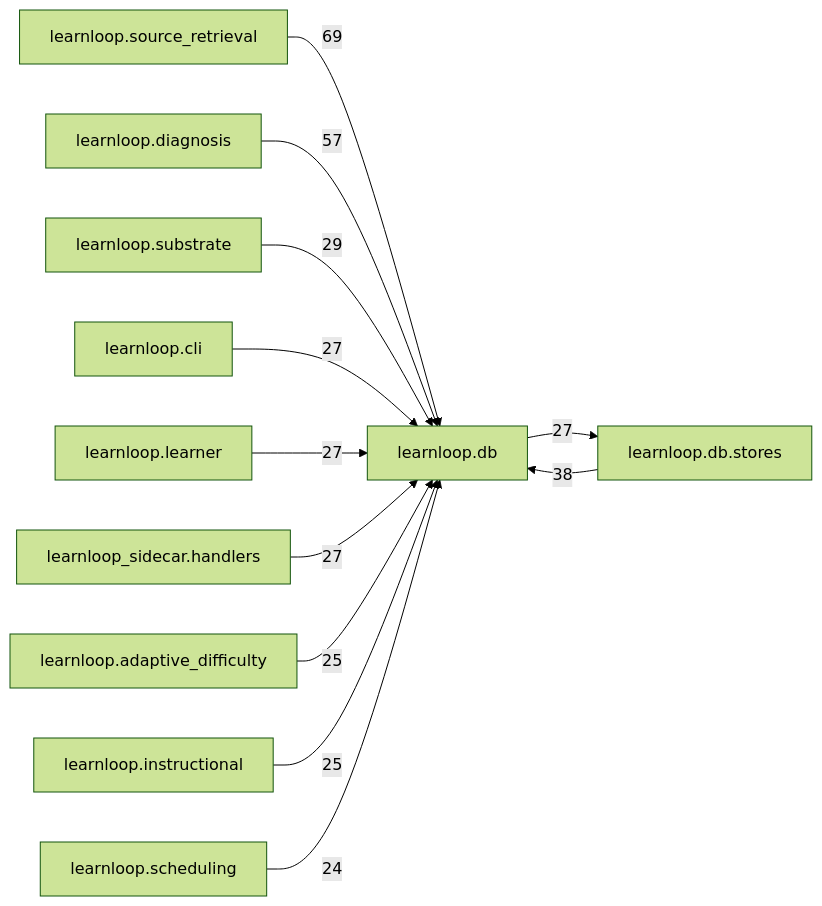
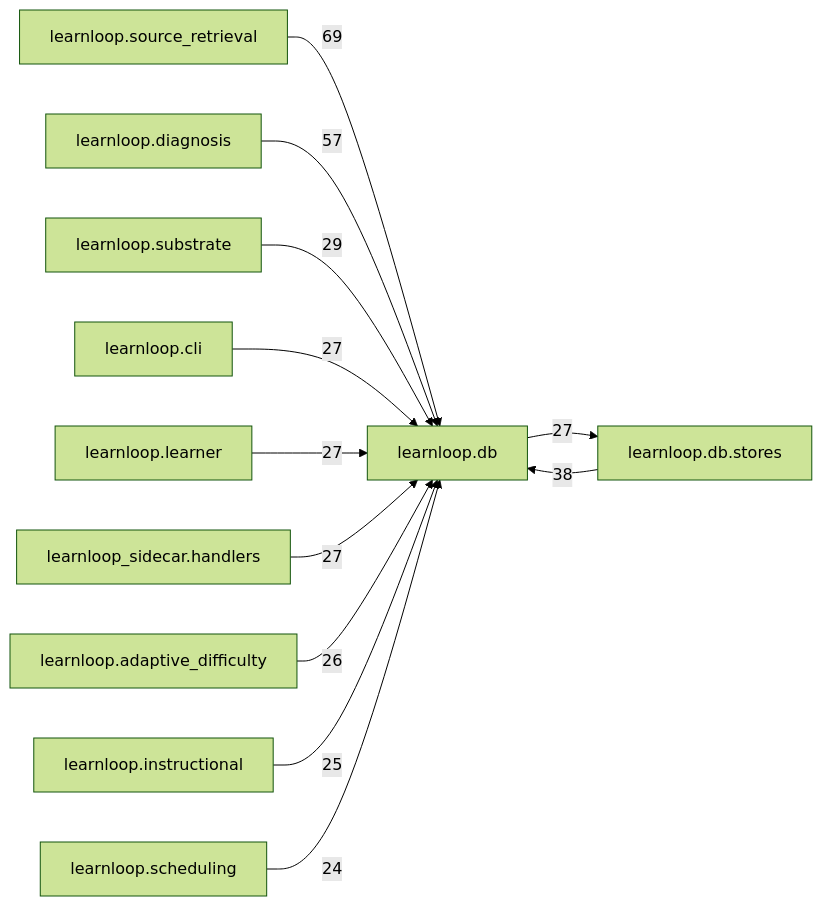
The diagram in docs/learnloop-architecture-vault/Reference/Modules/learnloop/db/_package.md (6up-b/learnanything), drawn with Mermaid (forest theme) before and after one commit. The commit also changed other lines of this file and 81 other files, not shown here.

````diff
--- a/docs/learnloop-architecture-vault/Reference/Modules/learnloop/db/_package.md
+++ b/docs/learnloop-architecture-vault/Reference/Modules/learnloop/db/_package.md
@@ -156,25 +156,25 @@
 ```mermaid
 flowchart LR
     center["learnloop.db"]
     n_learnloop_source_retrieval["learnloop.source_retrieval"]
     n_learnloop_db_stores["learnloop.db.stores"]
     n_learnloop_diagnosis["learnloop.diagnosis"]
     n_learnloop_substrate["learnloop.substrate"]
     n_learnloop_cli["learnloop.cli"]
     n_learnloop_learner["learnloop.learner"]
     n_learnloop_sidecar_handlers["learnloop_sidecar.handlers"]
     n_learnloop_adaptive_difficulty["learnloop.adaptive_difficulty"]
     n_learnloop_instructional["learnloop.instructional"]
     n_learnloop_scheduling["learnloop.scheduling"]
     n_learnloop_source_retrieval -->|69| center
     n_learnloop_db_stores -->|38| center
     center -->|27| n_learnloop_db_stores
     n_learnloop_diagnosis -->|57| center
     n_learnloop_substrate -->|29| center
     n_learnloop_cli -->|27| center
     n_learnloop_learner -->|27| center
     n_learnloop_sidecar_handlers -->|27| center
-    n_learnloop_adaptive_difficulty -->|25| center
+    n_learnloop_adaptive_difficulty -->|26| center
     n_learnloop_instructional -->|25| center
     n_learnloop_scheduling -->|24| center
 ```
````
